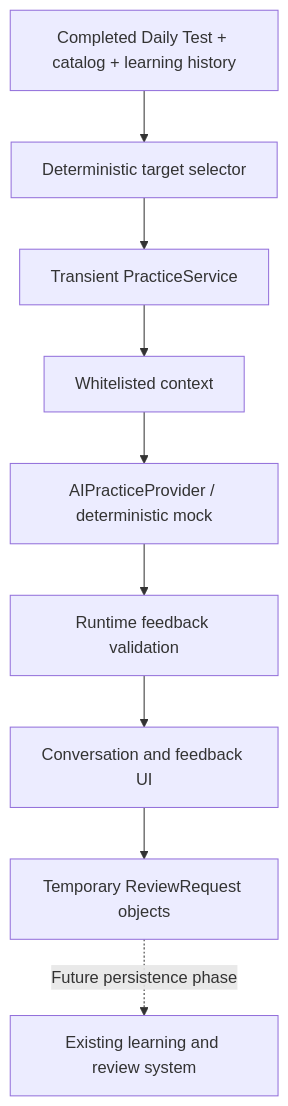
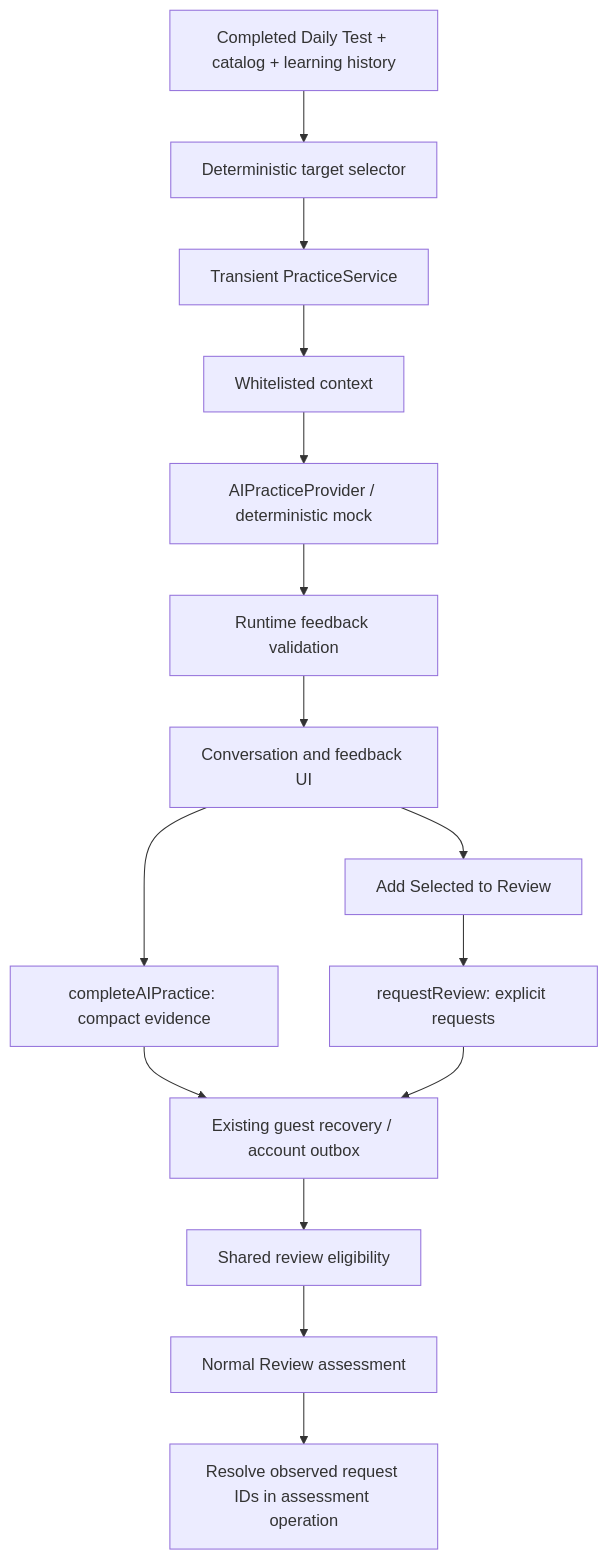
Before and after one commit to Hakan-ci/vocabulary-app: the diagram in AI_PRACTICE.md, drawn with Mermaid. The commit also changed other lines of this file and 45 other files, not shown here.

Commit message:
Persist AI practice evidence and review requests

````diff
--- a/AI_PRACTICE.md
+++ b/AI_PRACTICE.md
@@ -7,11 +7,17 @@
 ```mermaid
 flowchart TD
     Quiz[Completed Daily Test + catalog + learning history] --> Selector[Deterministic target selector]
     Selector --> Service[Transient PracticeService]
     Service --> Context[Whitelisted context]
     Context --> Provider[AIPracticeProvider / deterministic mock]
     Provider --> Validator[Runtime feedback validation]
     Validator --> UI[Conversation and feedback UI]
-    UI --> Requests[Temporary ReviewRequest objects]
-    Requests -. Future persistence phase .-> Review[Existing learning and review system]
+    UI --> Complete[completeAIPractice: compact evidence]
+    UI --> Confirm[Add Selected to Review]
+    Confirm --> Requests[requestReview: explicit requests]
+    Complete --> Store[Existing guest recovery / account outbox]
+    Requests --> Store
+    Store --> Eligibility[Shared review eligibility]
+    Eligibility --> Review[Normal Review assessment]
+    Review --> Resolve[Resolve observed request IDs in assessment operation]
 ```
````
